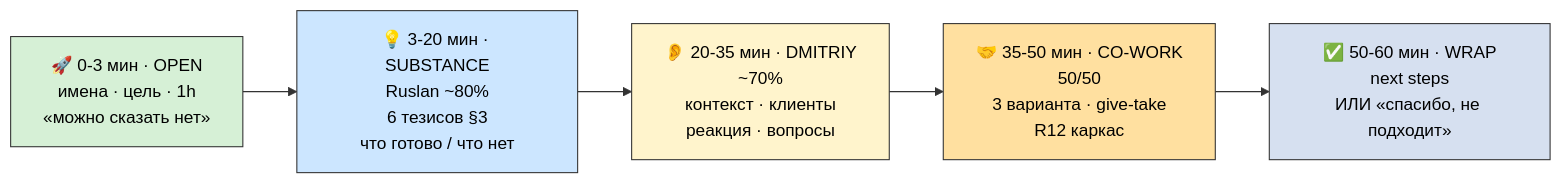
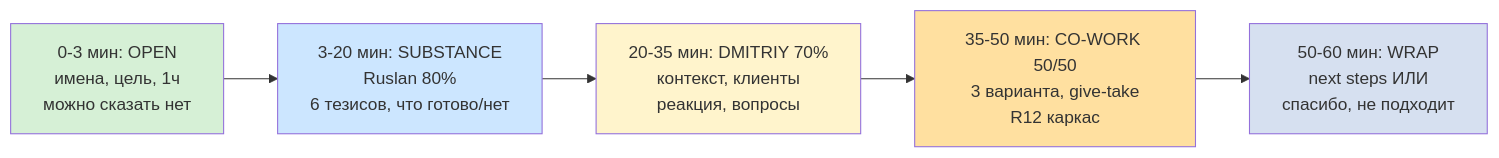
Before and after one commit to Bogersebekov/jetix-os: the first of 5 diagrams in decisions/strategic/CALL-PLAN-DMITRIY-KAISER-2026-05-25.md, drawn with Mermaid. The commit also changed other lines of this file, not shown here.

Commit message:
[call-plan] Dmitriy Kaiser 25.05 — fix mermaid (drop init directive/emoji/unicode; validated 5/5 with mermaid v11)

````diff
--- a/decisions/strategic/CALL-PLAN-DMITRIY-KAISER-2026-05-25.md
+++ b/decisions/strategic/CALL-PLAN-DMITRIY-KAISER-2026-05-25.md
@@ -170,13 +170,12 @@
 ```mermaid
-%%{init: {'theme':'base', 'themeVariables': {'primaryTextColor':'#000','textColor':'#000','lineColor':'#333','primaryBorderColor':'#333','primaryColor':'#fafafa'}}}%%
 graph LR
-    O["🚀 0-3 мин · OPEN<br/>имена · цель · 1h<br/>«можно сказать нет»"] --> S["💡 3-20 мин · SUBSTANCE<br/>Ruslan ~80%<br/>6 тезисов §3<br/>что готово / что нет"]
-    S --> R["👂 20-35 мин · DMITRIY<br/>~70%<br/>контекст · клиенты<br/>реакция · вопросы"]
-    R --> C["🤝 35-50 мин · CO-WORK<br/>50/50<br/>3 варианта · give-take<br/>R12 каркас"]
-    C --> W["✅ 50-60 мин · WRAP<br/>next steps<br/>ИЛИ «спасибо, не подходит»"]
-    style O fill:#d6f0d6,color:#000
-    style S fill:#cce6ff,color:#000
-    style R fill:#fff4cc,color:#000
-    style C fill:#ffe0a0,color:#000
-    style W fill:#d6e0f0,color:#000
+    O["0-3 мин: OPEN<br/>имена, цель, 1ч<br/>можно сказать нет"] --> S["3-20 мин: SUBSTANCE<br/>Ruslan 80%<br/>6 тезисов, что готово/нет"]
+    S --> R["20-35 мин: DMITRIY 70%<br/>контекст, клиенты<br/>реакция, вопросы"]
+    R --> C["35-50 мин: CO-WORK 50/50<br/>3 варианта, give-take<br/>R12 каркас"]
+    C --> W["50-60 мин: WRAP<br/>next steps ИЛИ<br/>спасибо, не подходит"]
+    style O fill:#d6f0d6
+    style S fill:#cce6ff
+    style R fill:#fff4cc
+    style C fill:#ffe0a0
+    style W fill:#d6e0f0
 ```
````
